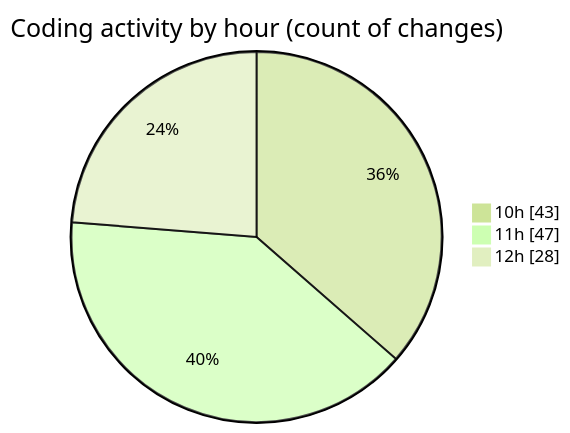
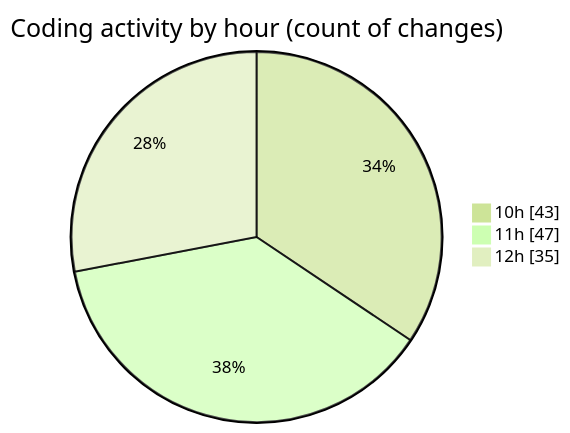
One commit to momahboobian/code-tracking changed the second of 2 diagrams in 2025-02-10/cda/README.md. Above: the diagram before and after it, drawn with Mermaid (forest theme). The commit also changed other lines of this file and 1 other file, not shown here.

````diff
--- a/2025-02-10/cda/README.md
+++ b/2025-02-10/cda/README.md
@@ -35,7 +35,7 @@
 ```mermaid
 pie showData
 title Coding activity by hour (count of changes)
 "10h" : 43
 "11h" : 47
-"12h" : 28
+"12h" : 35
 ```
````
